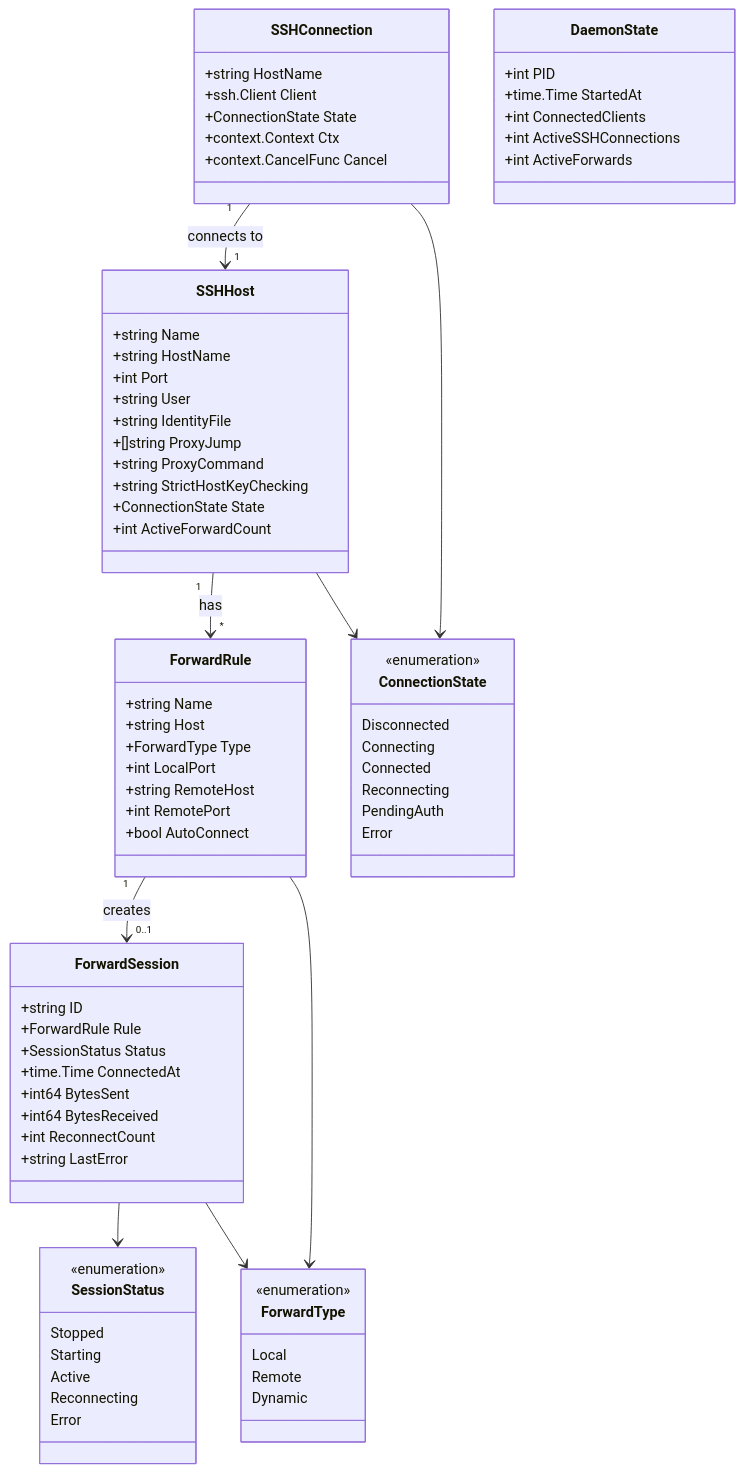
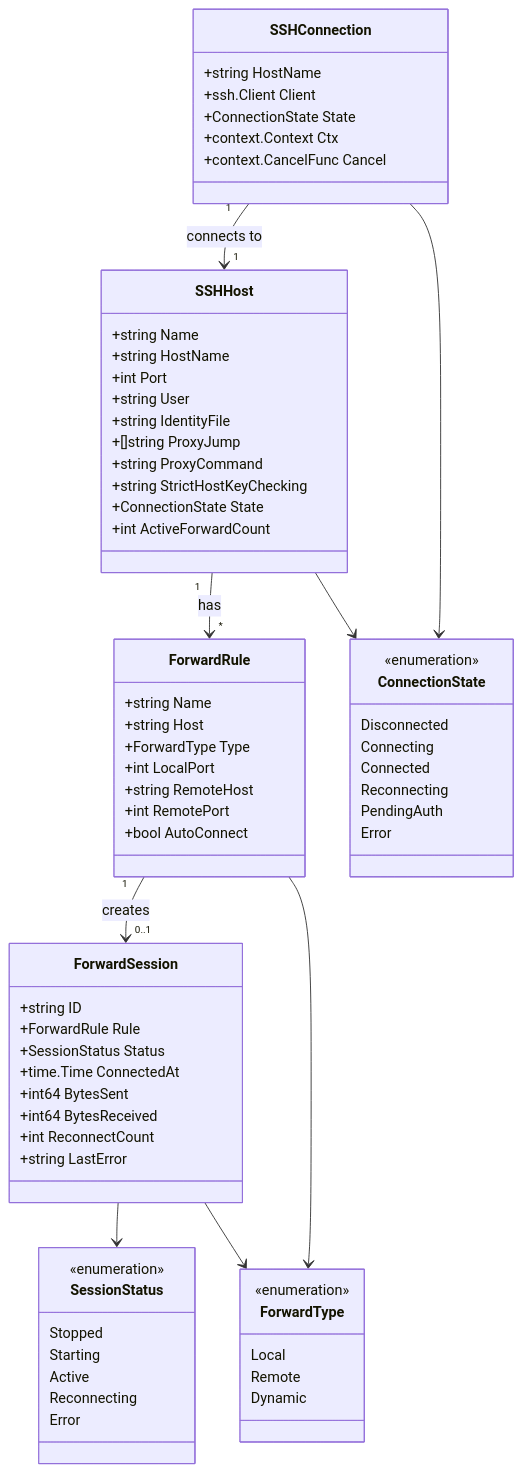
One commit to ousiassllc/MolePort changed the second of 4 diagrams in docs/architecture/data-model.md. Above: the diagram before and after it, drawn with Mermaid. The commit also changed other lines of this file, not shown here.

```diff
--- a/docs/architecture/data-model.md
+++ b/docs/architecture/data-model.md
@@ -226,14 +226,6 @@
         +context.CancelFunc Cancel
     }
 
-    class DaemonState {
-        +int PID
-        +time.Time StartedAt
-        +int ConnectedClients
-        +int ActiveSSHConnections
-        +int ActiveForwards
-    }
-
     class ConnectionState {
         <<enumeration>>
         Disconnected
```
